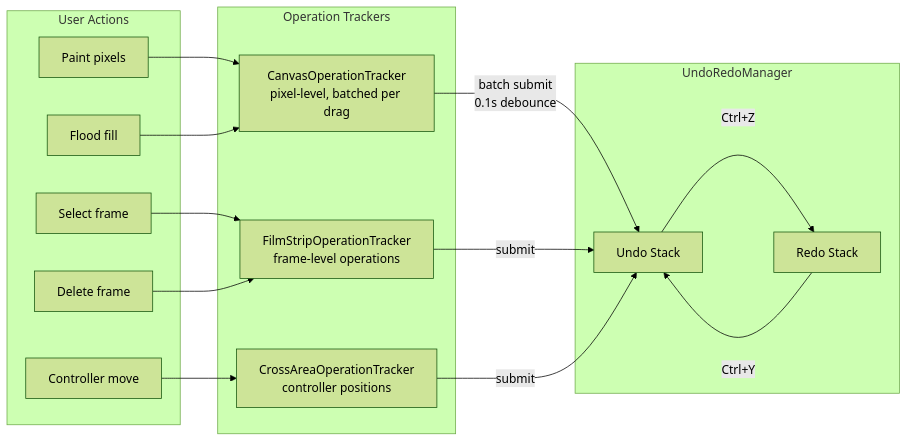
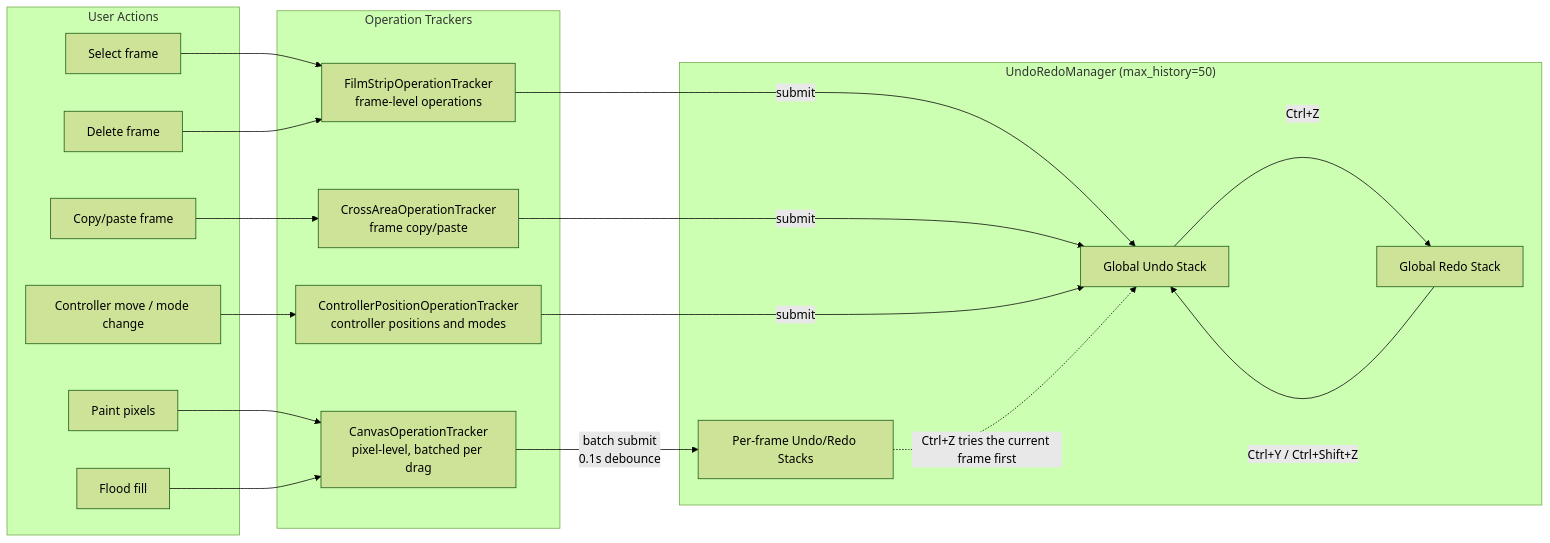
Before and after one commit to terrysimons/glitchygames: the eighth of 10 diagrams in docs/architecture/bitmappy.md, drawn with Mermaid (forest theme). The commit also changed other lines of this file and 571 other files, not shown here.

````diff
--- a/docs/architecture/bitmappy.md
+++ b/docs/architecture/bitmappy.md
@@ -233,34 +376,40 @@
 ```mermaid
 flowchart LR
     subgraph UserActions["User Actions"]
         PAINT["Paint pixels"]
         FILL["Flood fill"]
         FSEL["Select frame"]
         FDEL["Delete frame"]
-        CMOVE["Controller move"]
+        FCOPY["Copy/paste frame"]
+        CMOVE["Controller move / mode change"]
     end
 
     subgraph Trackers["Operation Trackers"]
         COT["CanvasOperationTracker\npixel-level, batched per drag"]
         FOT["FilmStripOperationTracker\nframe-level operations"]
-        CAOT["CrossAreaOperationTracker\ncontroller positions"]
+        CAOT["CrossAreaOperationTracker\nframe copy/paste"]
+        CPOT["ControllerPositionOperationTracker\ncontroller positions and modes"]
     end
 
-    subgraph URM["UndoRedoManager"]
-        STACK_U["Undo Stack"]
-        STACK_R["Redo Stack"]
+    subgraph URM["UndoRedoManager (max_history=50)"]
+        STACK_F["Per-frame Undo/Redo Stacks"]
+        STACK_U["Global Undo Stack"]
+        STACK_R["Global Redo Stack"]
     end
 
     PAINT --> COT
     FILL --> COT
     FSEL --> FOT
     FDEL --> FOT
-    CMOVE --> CAOT
+    FCOPY --> CAOT
+    CMOVE --> CPOT
 
-    COT -->|"batch submit\n0.1s debounce"| STACK_U
+    COT -->|"batch submit\n0.1s debounce"| STACK_F
     FOT -->|"submit"| STACK_U
     CAOT -->|"submit"| STACK_U
+    CPOT -->|"submit"| STACK_U
 
+    STACK_F -.->|"Ctrl+Z tries the current frame first"| STACK_U
     STACK_U -->|"Ctrl+Z"| STACK_R
-    STACK_R -->|"Ctrl+Y"| STACK_U
+    STACK_R -->|"Ctrl+Y / Ctrl+Shift+Z"| STACK_U
 ```
````
